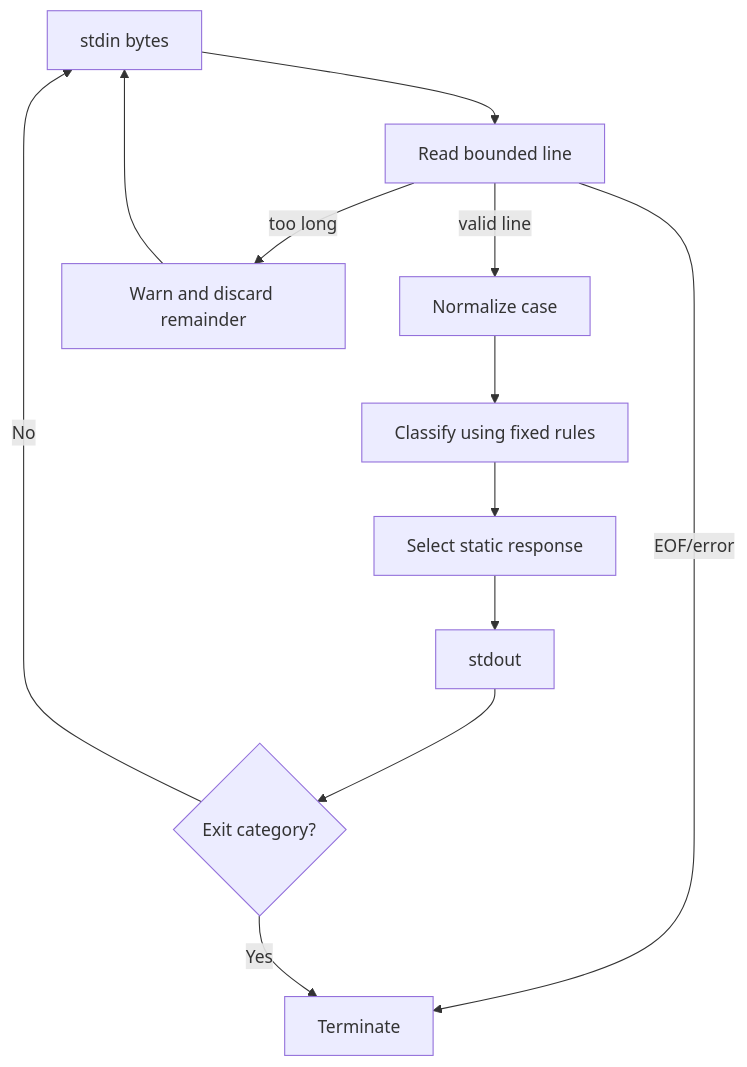
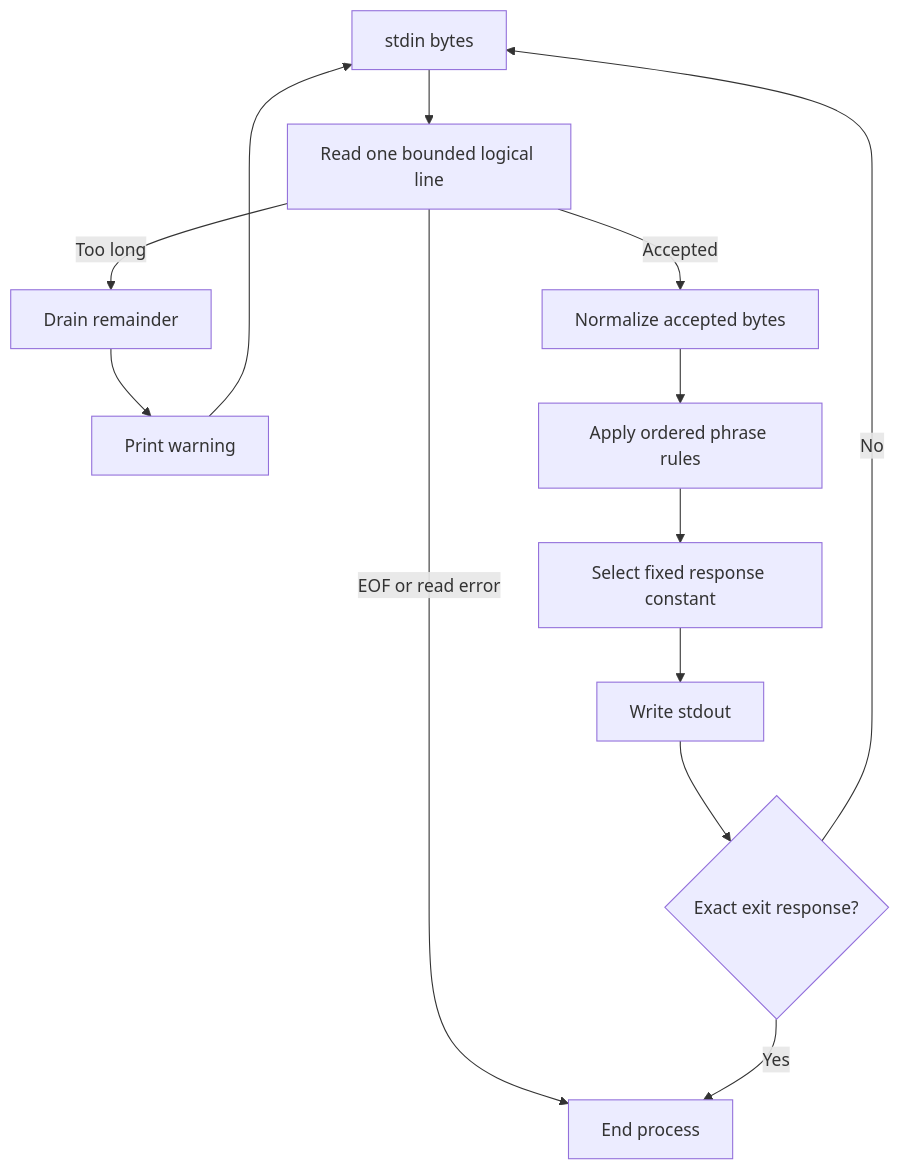
One commit to Brajesh31/chatbot-C- changed the second of 3 diagrams in docs/data-flow.md. Above: the diagram before and after it, drawn with Mermaid. The commit also changed other lines of this file and 4 other files, not shown here.

Commit message:
Expand architecture, data flow, security and maintenance documentation

```diff
--- a/docs/data-flow.md
+++ b/docs/data-flow.md
@@ -15,14 +19,15 @@
 ~~~mermaid
 flowchart TD
- U[stdin bytes] --> R[Read bounded line]
- R -->|valid line| N[Normalize case]
- R -->|EOF/error| X[Terminate]
- R -->|too long| W[Warn and discard remainder]
+ U[stdin bytes] --> R[Read one bounded logical line]
+ R -->|Accepted| N[Normalize accepted bytes]
+ R -->|Too long| D[Drain remainder]
+ D --> W[Print warning]
  W --> U
- N --> C[Classify using fixed rules]
- C --> M[Select static response]
- M --> O[stdout]
- O --> E{Exit category?}
- E -->|No| U
- E -->|Yes| X
+ R -->|EOF or read error| X[End process]
+ N --> C[Apply ordered phrase rules]
+ C --> M[Select fixed response constant]
+ M --> O[Write stdout]
+ O --> Q{Exact exit response?}
+ Q -->|No| U
+ Q -->|Yes| X
 ~~~
```
